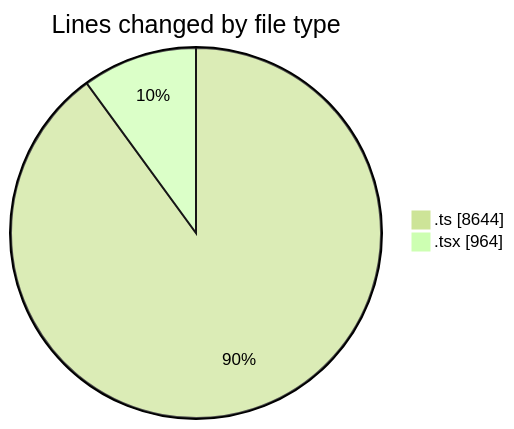
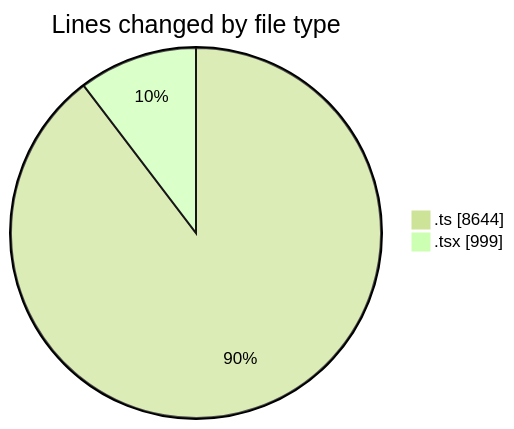
Before and after one commit to momahboobian/code-tracking: the first of 2 diagrams in 2025-07-14/cda/README.md, drawn with Mermaid (forest theme). The commit also changed other lines of this file and 1 other file, not shown here.

````diff
--- a/2025-07-14/cda/README.md
+++ b/2025-07-14/cda/README.md
@@ -26,6 +26,6 @@
 ```mermaid
 pie showData
 title Lines changed by file type
 ".ts" : 8644
-".tsx" : 964
+".tsx" : 999
 ```
````
